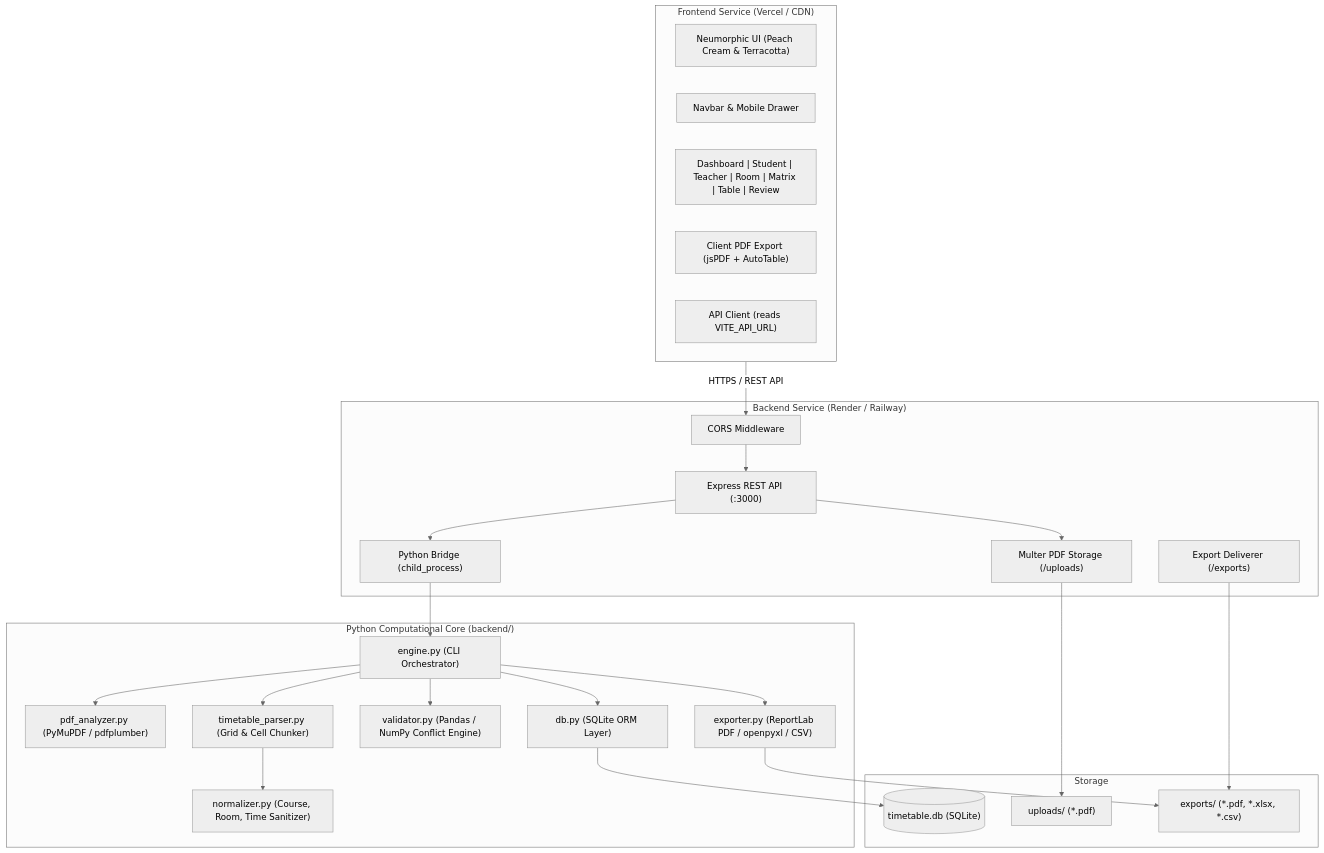
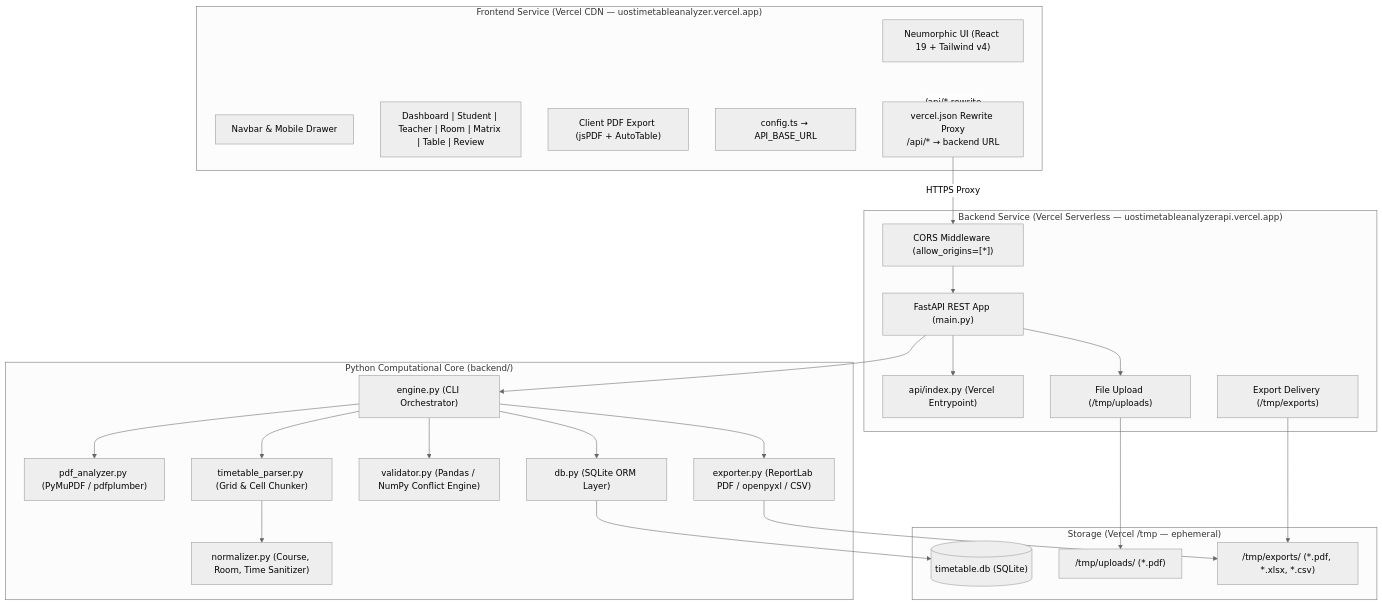
One commit to aliikram12/TimeTableAnalyzer changed the diagram in README.md. Above: the diagram before and after it, drawn with Mermaid (neutral theme). The commit also changed other lines of this file, not shown here.

Commit message:
docs: fully update README for FastAPI backend and Vercel deployment

````diff
--- a/README.md
+++ b/README.md
@@ -129,44 +137,48 @@
 ```mermaid
 graph TD
-    subgraph FrontendApp ["Frontend Service (Vercel / CDN)"]
-        UI["Neumorphic UI (Peach Cream & Terracotta)"]
+    subgraph FrontendApp ["Frontend Service (Vercel CDN — uostimetableanalyzer.vercel.app)"]
+        UI["Neumorphic UI (React 19 + Tailwind v4)"]
         Nav["Navbar & Mobile Drawer"]
         Views["Dashboard | Student | Teacher | Room | Matrix | Table | Review"]
         ClientExport["Client PDF Export (jsPDF + AutoTable)"]
-        Config["API Client (reads VITE_API_URL)"]
+        Config["config.ts → API_BASE_URL"]
+        VercelProxy["vercel.json Rewrite Proxy\n/api/* → backend URL"]
     end
 
-    subgraph BackendApp ["Backend Service (Render / Railway)"]
-        API["Express REST API (:3000)"]
-        CORS["CORS Middleware"]
-        UploadHandler["Multer PDF Storage (/uploads)"]
-        ExportHandler["Export Deliverer (/exports)"]
-        ChildProcess["Python Bridge (child_process)"]
+    subgraph BackendApp ["Backend Service (Vercel Serverless — uostimetableanalyzerapi.vercel.app)"]
+        FastAPI["FastAPI REST App (main.py)"]
+        VercelEntry["api/index.py (Vercel Entrypoint)"]
+        CORS["CORS Middleware (allow_origins=[*])"]
+        UploadHandler["File Upload (/tmp/uploads)"]
+        ExportHandler["Export Delivery (/tmp/exports)"]
     end
 
     subgraph PythonEngine ["Python Computational Core (backend/)"]
         Orchestrator["engine.py (CLI Orchestrator)"]
         Analyzer["pdf_analyzer.py (PyMuPDF / pdfplumber)"]
         Parser["timetable_parser.py (Grid & Cell Chunker)"]
         Normalizer["normalizer.py (Course, Room, Time Sanitizer)"]
         Validator["validator.py (Pandas / NumPy Conflict Engine)"]
         Exporter["exporter.py (ReportLab PDF / openpyxl / CSV)"]
         DBLayer["db.py (SQLite ORM Layer)"]
     end
 
-    subgraph PersistentStorage ["Storage"]
+    subgraph PersistentStorage ["Storage (Vercel /tmp — ephemeral)"]
         SQLiteDB[("timetable.db (SQLite)")]
-        PDFStorage["uploads/ (*.pdf)"]
-        ExportStorage["exports/ (*.pdf, *.xlsx, *.csv)"]
+        PDFStorage["/tmp/uploads/ (*.pdf)"]
+        ExportStorage["/tmp/exports/ (*.pdf, *.xlsx, *.csv)"]
     end
 
-    FrontendApp -->|HTTPS / REST API| CORS --> API
-    API --> UploadHandler --> PDFStorage
-    API --> ChildProcess --> Orchestrator
+    FrontendApp -->|"/api/* rewrite"| VercelProxy
+    VercelProxy -->|"HTTPS Proxy"| CORS
+    CORS --> FastAPI
+    FastAPI --> VercelEntry
+    FastAPI --> UploadHandler --> PDFStorage
+    FastAPI --> Orchestrator
     Orchestrator --> Analyzer
     Orchestrator --> Parser --> Normalizer
     Orchestrator --> Validator
     Orchestrator --> DBLayer --> SQLiteDB
     Orchestrator --> Exporter --> ExportStorage
     ExportHandler --> ExportStorage
 ```
````
